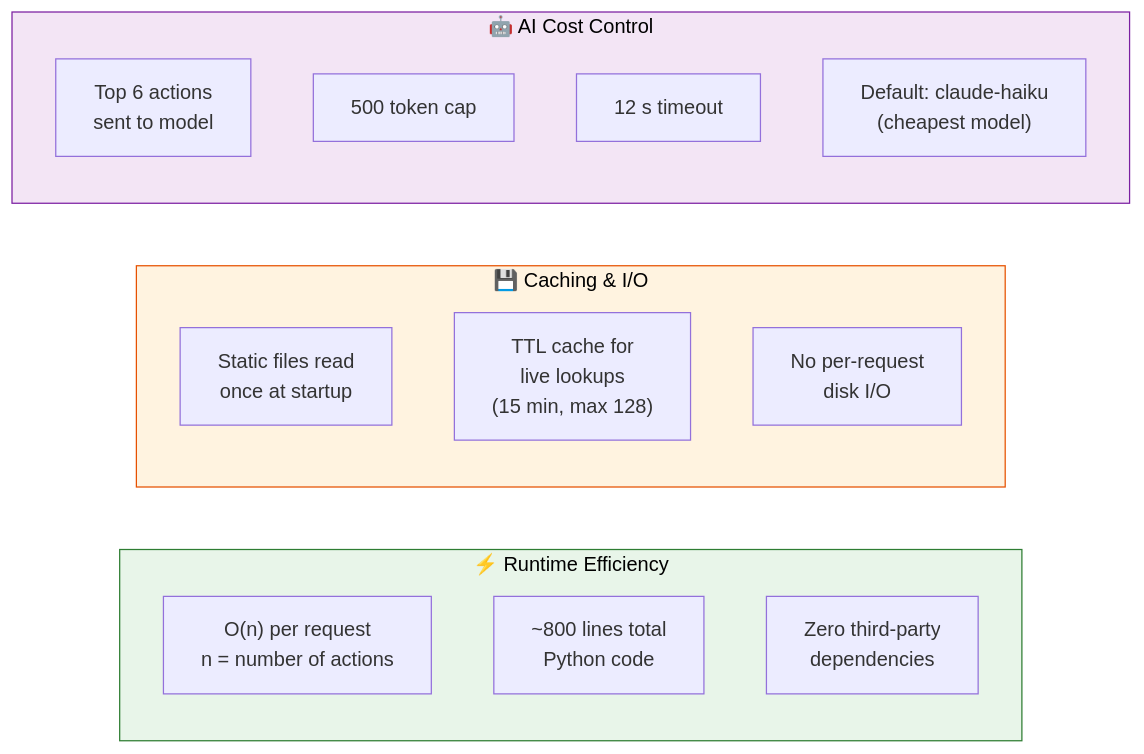
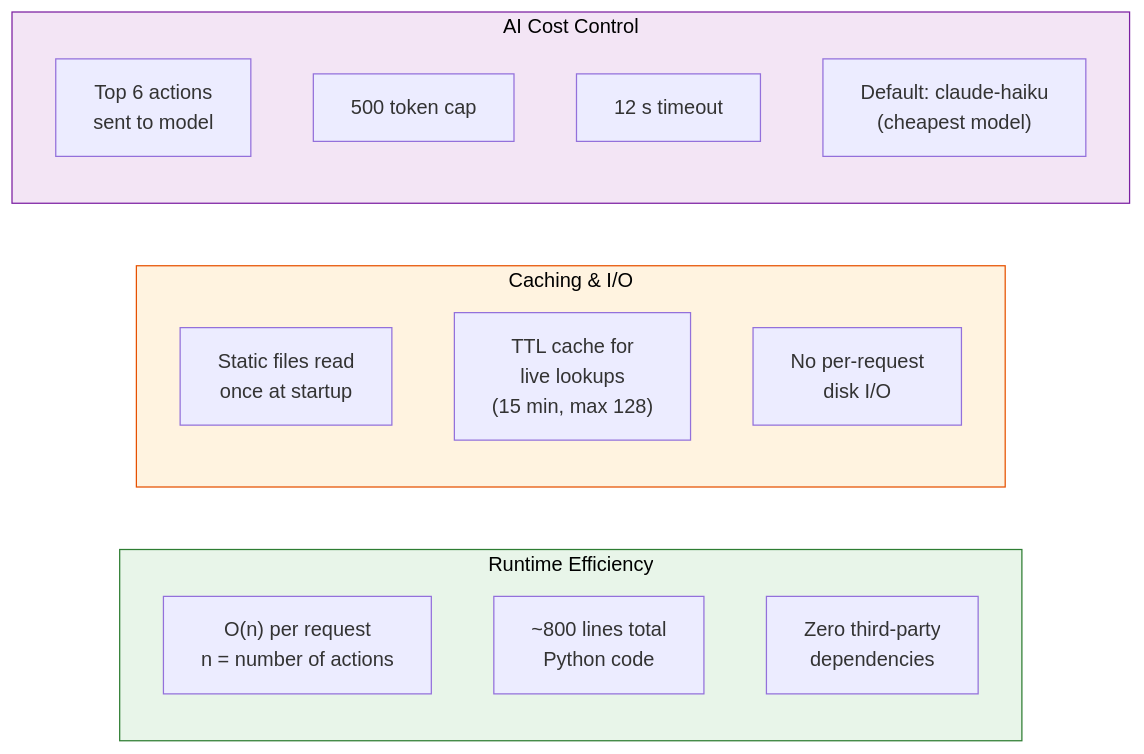
One commit to kanojiaatharva/urban-air-assistant changed the ninth of 11 diagrams in README.md. Above: the diagram before and after it, drawn with Mermaid. The commit also changed other lines of this file and 2 other files, not shown here.

````diff
--- a/README.md
+++ b/README.md
@@ -448,25 +448,25 @@
 ```mermaid
 flowchart LR
-    subgraph Runtime["⚡ Runtime Efficiency"]
+    subgraph Runtime[" Runtime Efficiency"]
         O["O(n) per request\nn = number of actions"]
         SM["~800 lines total\nPython code"]
         ZD["Zero third-party\ndependencies"]
     end
 
-    subgraph Caching["💾 Caching & I/O"]
+    subgraph Caching[" Caching & I/O"]
         SF["Static files read\nonce at startup"]
         TC["TTL cache for\nlive lookups\n(15 min, max 128)"]
         NR["No per-request\ndisk I/O"]
     end
 
-    subgraph AI["🤖 AI Cost Control"]
+    subgraph AI[" AI Cost Control"]
         TA["Top 6 actions\nsent to model"]
         TK["500 token cap"]
         TO["12 s timeout"]
         HK["Default: claude-haiku\n(cheapest model)"]
     end
 
     style Runtime fill:#e8f5e9,stroke:#2e7d32,color:#000
     style Caching fill:#fff3e0,stroke:#e65100,color:#000
     style AI fill:#f3e5f5,stroke:#7b1fa2,color:#000
 ```
````
